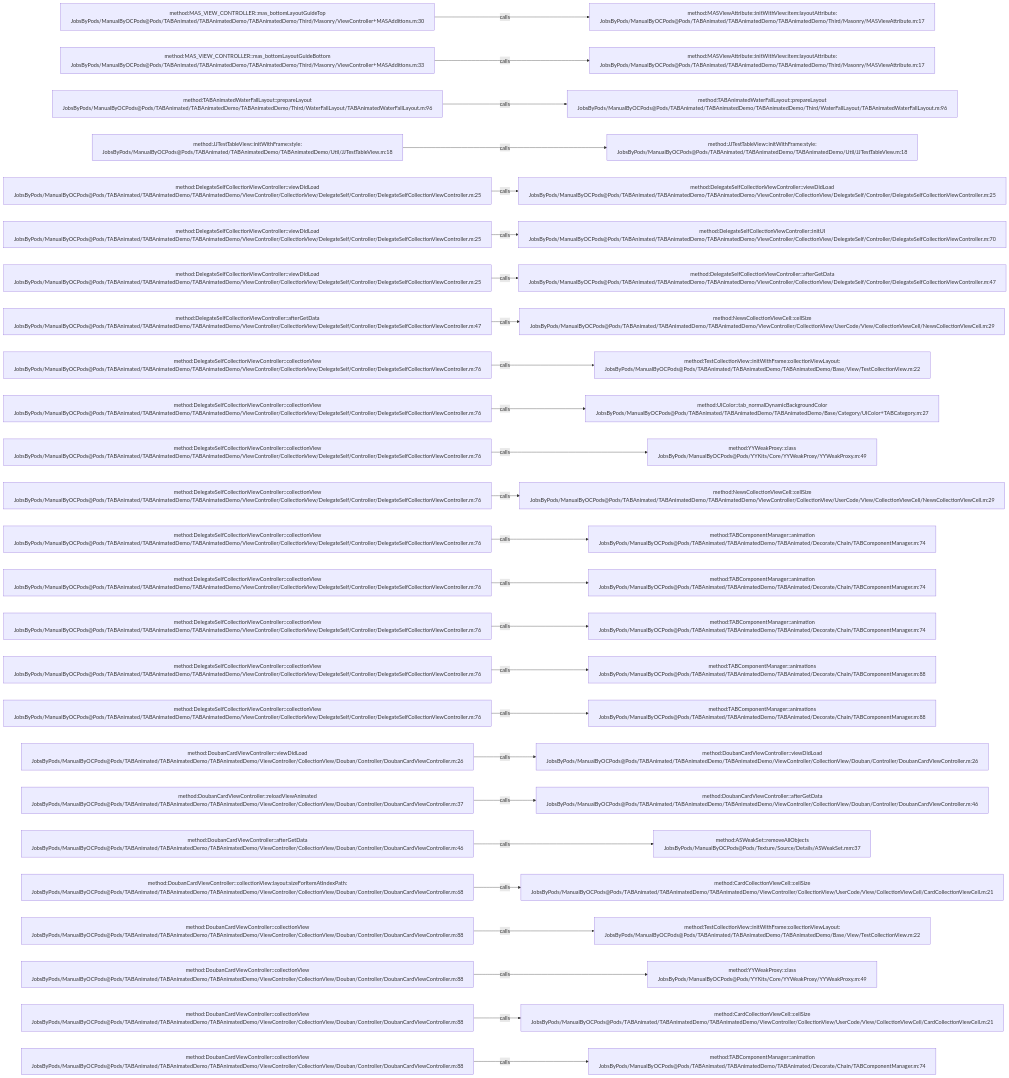
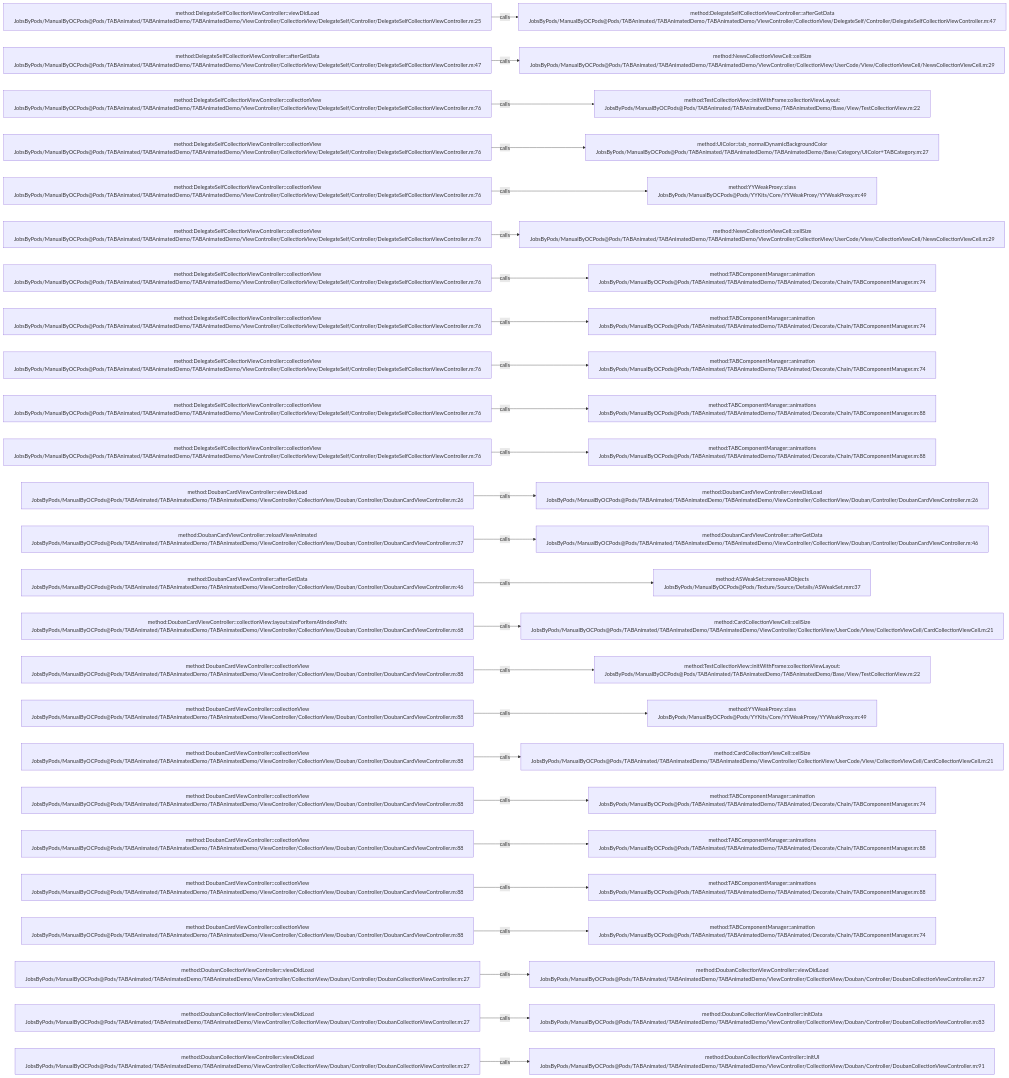
Before and after one commit to JobsKits/JobsOCBaseConfigDemo: the diagram in .codegraph/codegraph.md/graphs/calls-040.md, drawn with Mermaid. The commit also changed 666 other files, not shown here.

````diff
--- a/.codegraph/codegraph.md/graphs/calls-040.md
+++ b/.codegraph/codegraph.md/graphs/calls-040.md
@@ -13,78 +13,78 @@
 ```mermaid
 flowchart LR
-  S1["method:MAS_VIEW_CONTROLLER::mas_bottomLayoutGuideTop<br/>JobsByPods/ManualByOCPods@Pods/TABAnimated/TABAnimatedDemo/TABAnimatedDemo/Third/Masonry/ViewController+MASAdditions.m:30"]
-  T1["method:MASViewAttribute::initWithView:item:layoutAttribute:<br/>JobsByPods/ManualByOCPods@Pods/TABAnimated/TABAnimatedDemo/TABAnimatedDemo/Third/Masonry/MASViewAttribute.m:17"]
+  S1["method:DelegateSelfCollectionViewController::viewDidLoad<br/>JobsByPods/ManualByOCPods@Pods/TABAnimated/TABAnimatedDemo/TABAnimatedDemo/ViewController/CollectionView/DelegateSelf/Controller/DelegateSelfCollectionViewController.m:25"]
+  T1["method:DelegateSelfCollectionViewController::afterGetData<br/>JobsByPods/ManualByOCPods@Pods/TABAnimated/TABAnimatedDemo/TABAnimatedDemo/ViewController/CollectionView/DelegateSelf/Controller/DelegateSelfCollectionViewController.m:47"]
   S1 -->|calls| T1
-  S2["method:MAS_VIEW_CONTROLLER::mas_bottomLayoutGuideBottom<br/>JobsByPods/ManualByOCPods@Pods/TABAnimated/TABAnimatedDemo/TABAnimatedDemo/Third/Masonry/ViewController+MASAdditions.m:33"]
-  T2["method:MASViewAttribute::initWithView:item:layoutAttribute:<br/>JobsByPods/ManualByOCPods@Pods/TABAnimated/TABAnimatedDemo/TABAnimatedDemo/Third/Masonry/MASViewAttribute.m:17"]
+  S2["method:DelegateSelfCollectionViewController::afterGetData<br/>JobsByPods/ManualByOCPods@Pods/TABAnimated/TABAnimatedDemo/TABAnimatedDemo/ViewController/CollectionView/DelegateSelf/Controller/DelegateSelfCollectionViewController.m:47"]
+  T2["method:NewsCollectionViewCell::cellSize<br/>JobsByPods/ManualByOCPods@Pods/TABAnimated/TABAnimatedDemo/TABAnimatedDemo/ViewController/CollectionView/UserCode/View/CollectionViewCell/NewsCollectionViewCell.m:29"]
   S2 -->|calls| T2
-  S3["method:TABAnimatedWaterFallLayout::prepareLayout<br/>JobsByPods/ManualByOCPods@Pods/TABAnimated/TABAnimatedDemo/TABAnimatedDemo/Third/WaterFallLayout/TABAnimatedWaterFallLayout.m:96"]
-  T3["method:TABAnimatedWaterFallLayout::prepareLayout<br/>JobsByPods/ManualByOCPods@Pods/TABAnimated/TABAnimatedDemo/TABAnimatedDemo/Third/WaterFallLayout/TABAnimatedWaterFallLayout.m:96"]
+  S3["method:DelegateSelfCollectionViewController::collectionView<br/>JobsByPods/ManualByOCPods@Pods/TABAnimated/TABAnimatedDemo/TABAnimatedDemo/ViewController/CollectionView/DelegateSelf/Controller/DelegateSelfCollectionViewController.m:76"]
+  T3["method:TestCollectionView::initWithFrame:collectionViewLayout:<br/>JobsByPods/ManualByOCPods@Pods/TABAnimated/TABAnimatedDemo/TABAnimatedDemo/Base/View/TestCollectionView.m:22"]
   S3 -->|calls| T3
-  S4["method:JJTestTableView::initWithFrame:style:<br/>JobsByPods/ManualByOCPods@Pods/TABAnimated/TABAnimatedDemo/TABAnimatedDemo/Util/JJTestTableView.m:18"]
-  T4["method:JJTestTableView::initWithFrame:style:<br/>JobsByPods/ManualByOCPods@Pods/TABAnimated/TABAnimatedDemo/TABAnimatedDemo/Util/JJTestTableView.m:18"]
+  S4["method:DelegateSelfCollectionViewController::collectionView<br/>JobsByPods/ManualByOCPods@Pods/TABAnimated/TABAnimatedDemo/TABAnimatedDemo/ViewController/CollectionView/DelegateSelf/Controller/DelegateSelfCollectionViewController.m:76"]
+  T4["method:UIColor::tab_normalDynamicBackgroundColor<br/>JobsByPods/ManualByOCPods@Pods/TABAnimated/TABAnimatedDemo/TABAnimatedDemo/Base/Category/UIColor+TABCategory.m:27"]
   S4 -->|calls| T4
-  S5["method:DelegateSelfCollectionViewController::viewDidLoad<br/>JobsByPods/ManualByOCPods@Pods/TABAnimated/TABAnimatedDemo/TABAnimatedDemo/ViewController/CollectionView/DelegateSelf/Controller/DelegateSelfCollectionViewController.m:25"]
-  T5["method:DelegateSelfCollectionViewController::viewDidLoad<br/>JobsByPods/ManualByOCPods@Pods/TABAnimated/TABAnimatedDemo/TABAnimatedDemo/ViewController/CollectionView/DelegateSelf/Controller/DelegateSelfCollectionViewController.m:25"]
+  S5["method:DelegateSelfCollectionViewController::collectionView<br/>JobsByPods/ManualByOCPods@Pods/TABAnimated/TABAnimatedDemo/TABAnimatedDemo/ViewController/CollectionView/DelegateSelf/Controller/DelegateSelfCollectionViewController.m:76"]
+  T5["method:YYWeakProxy::class<br/>JobsByPods/ManualByOCPods@Pods/YYKits/Core/YYWeakProxy/YYWeakProxy.m:49"]
   S5 -->|calls| T5
-  S6["method:DelegateSelfCollectionViewController::viewDidLoad<br/>JobsByPods/ManualByOCPods@Pods/TABAnimated/TABAnimatedDemo/TABAnimatedDemo/ViewController/CollectionView/DelegateSelf/Controller/DelegateSelfCollectionViewController.m:25"]
-  T6["method:DelegateSelfCollectionViewController::initUI<br/>JobsByPods/ManualByOCPods@Pods/TABAnimated/TABAnimatedDemo/TABAnimatedDemo/ViewController/CollectionView/DelegateSelf/Controller/DelegateSelfCollectionViewController.m:70"]
+  S6["method:DelegateSelfCollectionViewController::collectionView<br/>JobsByPods/ManualByOCPods@Pods/TABAnimated/TABAnimatedDemo/TABAnimatedDemo/ViewController/CollectionView/DelegateSelf/Controller/DelegateSelfCollectionViewController.m:76"]
+  T6["method:NewsCollectionViewCell::cellSize<br/>JobsByPods/ManualByOCPods@Pods/TABAnimated/TABAnimatedDemo/TABAnimatedDemo/ViewController/CollectionView/UserCode/View/CollectionViewCell/NewsCollectionViewCell.m:29"]
   S6 -->|calls| T6
-  S7["method:DelegateSelfCollectionViewController::viewDidLoad<br/>JobsByPods/ManualByOCPods@Pods/TABAnimated/TABAnimatedDemo/TABAnimatedDemo/ViewController/CollectionView/DelegateSelf/Controller/DelegateSelfCollectionViewController.m:25"]
-  T7["method:DelegateSelfCollectionViewController::afterGetData<br/>JobsByPods/ManualByOCPods@Pods/TABAnimated/TABAnimatedDemo/TABAnimatedDemo/ViewController/CollectionView/DelegateSelf/Controller/DelegateSelfCollectionViewController.m:47"]
+  S7["method:DelegateSelfCollectionViewController::collectionView<br/>JobsByPods/ManualByOCPods@Pods/TABAnimated/TABAnimatedDemo/TABAnimatedDemo/ViewController/CollectionView/DelegateSelf/Controller/DelegateSelfCollectionViewController.m:76"]
+  T7["method:TABComponentManager::animation<br/>JobsByPods/ManualByOCPods@Pods/TABAnimated/TABAnimatedDemo/TABAnimated/Decorate/Chain/TABComponentManager.m:74"]
   S7 -->|calls| T7
-  S8["method:DelegateSelfCollectionViewController::afterGetData<br/>JobsByPods/ManualByOCPods@Pods/TABAnimated/TABAnimatedDemo/TABAnimatedDemo/ViewController/CollectionView/DelegateSelf/Controller/DelegateSelfCollectionViewController.m:47"]
-  T8["method:NewsCollectionViewCell::cellSize<br/>JobsByPods/ManualByOCPods@Pods/TABAnimated/TABAnimatedDemo/TABAnimatedDemo/ViewController/CollectionView/UserCode/View/CollectionViewCell/NewsCollectionViewCell.m:29"]
+  S8["method:DelegateSelfCollectionViewController::collectionView<br/>JobsByPods/ManualByOCPods@Pods/TABAnimated/TABAnimatedDemo/TABAnimatedDemo/ViewController/CollectionView/DelegateSelf/Controller/DelegateSelfCollectionViewController.m:76"]
+  T8["method:TABComponentManager::animation<br/>JobsByPods/ManualByOCPods@Pods/TABAnimated/TABAnimatedDemo/TABAnimated/Decorate/Chain/TABComponentManager.m:74"]
   S8 -->|calls| T8
   S9["method:DelegateSelfCollectionViewController::collectionView<br/>JobsByPods/ManualByOCPods@Pods/TABAnimated/TABAnimatedDemo/TABAnimatedDemo/ViewController/CollectionView/DelegateSelf/Controller/DelegateSelfCollectionViewController.m:76"]
-  T9["method:TestCollectionView::initWithFrame:collectionViewLayout:<br/>JobsByPods/ManualByOCPods@Pods/TABAnimated/TABAnimatedDemo/TABAnimatedDemo/Base/View/TestCollectionView.m:22"]
+  T9["method:TABComponentManager::animation<br/>JobsByPods/ManualByOCPods@Pods/TABAnimated/TABAnimatedDemo/TABAnimated/Decorate/Chain/TABComponentManager.m:74"]
   S9 -->|calls| T9
   S10["method:DelegateSelfCollectionViewController::collectionView<br/>JobsByPods/ManualByOCPods@Pods/TABAnimated/TABAnimatedDemo/TABAnimatedDemo/ViewController/CollectionView/DelegateSelf/Controller/DelegateSelfCollectionViewController.m:76"]
-  T10["method:UIColor::tab_normalDynamicBackgroundColor<br/>JobsByPods/ManualByOCPods@Pods/TABAnimated/TABAnimatedDemo/TABAnimatedDemo/Base/Category/UIColor+TABCategory.m:27"]
+  T10["method:TABComponentManager::animations<br/>JobsByPods/ManualByOCPods@Pods/TABAnimated/TABAnimatedDemo/TABAnimated/Decorate/Chain/TABComponentManager.m:88"]
   S10 -->|calls| T10
   S11["method:DelegateSelfCollectionViewController::collectionView<br/>JobsByPods/ManualByOCPods@Pods/TABAnimated/TABAnimatedDemo/TABAnimatedDemo/ViewController/CollectionView/DelegateSelf/Controller/DelegateSelfCollectionViewController.m:76"]
-  T11["method:YYWeakProxy::class<br/>JobsByPods/ManualByOCPods@Pods/YYKits/Core/YYWeakProxy/YYWeakProxy.m:49"]
+  T11["method:TABComponentManager::animations<br/>JobsByPods/ManualByOCPods@Pods/TABAnimated/TABAnimatedDemo/TABAnimated/Decorate/Chain/TABComponentManager.m:88"]
   S11 -->|calls| T11
-  S12["method:DelegateSelfCollectionViewController::collectionView<br/>JobsByPods/ManualByOCPods@Pods/TABAnimated/TABAnimatedDemo/TABAnimatedDemo/ViewController/CollectionView/DelegateSelf/Controller/DelegateSelfCollectionViewController.m:76"]
-  T12["method:NewsCollectionViewCell::cellSize<br/>JobsByPods/ManualByOCPods@Pods/TABAnimated/TABAnimatedDemo/TABAnimatedDemo/ViewController/CollectionView/UserCode/View/CollectionViewCell/NewsCollectionViewCell.m:29"]
+  S12["method:DoubanCardViewController::viewDidLoad<br/>JobsByPods/ManualByOCPods@Pods/TABAnimated/TABAnimatedDemo/TABAnimatedDemo/ViewController/CollectionView/Douban/Controller/DoubanCardViewController.m:26"]
+  T12["method:DoubanCardViewController::viewDidLoad<br/>JobsByPods/ManualByOCPods@Pods/TABAnimated/TABAnimatedDemo/TABAnimatedDemo/ViewController/CollectionView/Douban/Controller/DoubanCardViewController.m:26"]
   S12 -->|calls| T12
-  S13["method:DelegateSelfCollectionViewController::collectionView<br/>JobsByPods/ManualByOCPods@Pods/TABAnimated/TABAnimatedDemo/TABAnimatedDemo/ViewController/CollectionView/DelegateSelf/Controller/DelegateSelfCollectionViewController.m:76"]
-  T13["method:TABComponentManager::animation<br/>JobsByPods/ManualByOCPods@Pods/TABAnimated/TABAnimatedDemo/TABAnimated/Decorate/Chain/TABComponentManager.m:74"]
+  S13["method:DoubanCardViewController::reloadViewAnimated<br/>JobsByPods/ManualByOCPods@Pods/TABAnimated/TABAnimatedDemo/TABAnimatedDemo/ViewController/CollectionView/Douban/Controller/DoubanCardViewController.m:37"]
+  T13["method:DoubanCardViewController::afterGetData<br/>JobsByPods/ManualByOCPods@Pods/TABAnimated/TABAnimatedDemo/TABAnimatedDemo/ViewController/CollectionView/Douban/Controller/DoubanCardViewController.m:46"]
   S13 -->|calls| T13
-  S14["method:DelegateSelfCollectionViewController::collectionView<br/>JobsByPods/ManualByOCPods@Pods/TABAnimated/TABAnimatedDemo/TABAnimatedDemo/ViewController/CollectionView/DelegateSelf/Controller/DelegateSelfCollectionViewController.m:76"]
-  T14["method:TABComponentManager::animation<br/>JobsByPods/ManualByOCPods@Pods/TABAnimated/TABAnimatedDemo/TABAnimated/Decorate/Chain/TABComponentManager.m:74"]
+  S14["method:DoubanCardViewController::afterGetData<br/>JobsByPods/ManualByOCPods@Pods/TABAnimated/TABAnimatedDemo/TABAnimatedDemo/ViewController/CollectionView/Douban/Controller/DoubanCardViewController.m:46"]
+  T14["method:ASWeakSet::removeAllObjects<br/>JobsByPods/ManualByOCPods@Pods/Texture/Source/Details/ASWeakSet.mm:37"]
   S14 -->|calls| T14
-  S15["method:DelegateSelfCollectionViewController::collectionView<br/>JobsByPods/ManualByOCPods@Pods/TABAnimated/TABAnimatedDemo/TABAnimatedDemo/ViewController/CollectionView/DelegateSelf/Controller/DelegateSelfCollectionViewController.m:76"]
-  T15["method:TABComponentManager::animation<br/>JobsByPods/ManualByOCPods@Pods/TABAnimated/TABAnimatedDemo/TABAnimated/Decorate/Chain/TABComponentManager.m:74"]
+  S15["method:DoubanCardViewController::collectionView:layout:sizeForItemAtIndexPath:<br/>JobsByPods/ManualByOCPods@Pods/TABAnimated/TABAnimatedDemo/TABAnimatedDemo/ViewController/CollectionView/Douban/Controller/DoubanCardViewController.m:68"]
+  T15["method:CardCollectionViewCell::cellSize<br/>JobsByPods/ManualByOCPods@Pods/TABAnimated/TABAnimatedDemo/TABAnimatedDemo/ViewController/CollectionView/UserCode/View/CollectionViewCell/CardCollectionViewCell.m:21"]
   S15 -->|calls| T15
-  S16["method:DelegateSelfCollectionViewController::collectionView<br/>JobsByPods/ManualByOCPods@Pods/TABAnimated/TABAnimatedDemo/TABAnimatedDemo/ViewController/CollectionView/DelegateSelf/Controller/DelegateSelfCollectionViewController.m:76"]
-  T16["method:TABComponentManager::animations<br/>JobsByPods/ManualByOCPods@Pods/TABAnimated/TABAnimatedDemo/TABAnimated/Decorate/Chain/TABComponentManager.m:88"]
+  S16["method:DoubanCardViewController::collectionView<br/>JobsByPods/ManualByOCPods@Pods/TABAnimated/TABAnimatedDemo/TABAnimatedDemo/ViewController/CollectionView/Douban/Controller/DoubanCardViewController.m:88"]
+  T16["method:TestCollectionView::initWithFrame:collectionViewLayout:<br/>JobsByPods/ManualByOCPods@Pods/TABAnimated/TABAnimatedDemo/TABAnimatedDemo/Base/View/TestCollectionView.m:22"]
   S16 -->|calls| T16
-  S17["method:DelegateSelfCollectionViewController::collectionView<br/>JobsByPods/ManualByOCPods@Pods/TABAnimated/TABAnimatedDemo/TABAnimatedDemo/ViewController/CollectionView/DelegateSelf/Controller/DelegateSelfCollectionViewController.m:76"]
-  T17["method:TABComponentManager::animations<br/>JobsByPods/ManualByOCPods@Pods/TABAnimated/TABAnimatedDemo/TABAnimated/Decorate/Chain/TABComponentManager.m:88"]
+  S17["method:DoubanCardViewController::collectionView<br/>JobsByPods/ManualByOCPods@Pods/TABAnimated/TABAnimatedDemo/TABAnimatedDemo/ViewController/CollectionView/Douban/Controller/DoubanCardViewController.m:88"]
+  T17["method:YYWeakProxy::class<br/>JobsByPods/ManualByOCPods@Pods/YYKits/Core/YYWeakProxy/YYWeakProxy.m:49"]
   S17 -->|calls| T17
-  S18["method:DoubanCardViewController::viewDidLoad<br/>JobsByPods/ManualByOCPods@Pods/TABAnimated/TABAnimatedDemo/TABAnimatedDemo/ViewController/CollectionView/Douban/Controller/DoubanCardViewController.m:26"]
-  T18["method:DoubanCardViewController::viewDidLoad<br/>JobsByPods/ManualByOCPods@Pods/TABAnimated/TABAnimatedDemo/TABAnimatedDemo/ViewController/CollectionView/Douban/Controller/DoubanCardViewController.m:26"]
+  S18["method:DoubanCardViewController::collectionView<br/>JobsByPods/ManualByOCPods@Pods/TABAnimated/TABAnimatedDemo/TABAnimatedDemo/ViewController/CollectionView/Douban/Controller/DoubanCardViewController.m:88"]
+  T18["method:CardCollectionViewCell::cellSize<br/>JobsByPods/ManualByOCPods@Pods/TABAnimated/TABAnimatedDemo/TABAnimatedDemo/ViewController/CollectionView/UserCode/View/CollectionViewCell/CardCollectionViewCell.m:21"]
   S18 -->|calls| T18
-  S19["method:DoubanCardViewController::reloadViewAnimated<br/>JobsByPods/ManualByOCPods@Pods/TABAnimated/TABAnimatedDemo/TABAnimatedDemo/ViewController/CollectionView/Douban/Controller/DoubanCardViewController.m:37"]
-  T19["method:DoubanCardViewController::afterGetData<br/>JobsByPods/ManualByOCPods@Pods/TABAnimated/TABAnimatedDemo/TABAnimatedDemo/ViewController/CollectionView/Douban/Controller/DoubanCardViewController.m:46"]
+  S19["method:DoubanCardViewController::collectionView<br/>JobsByPods/ManualByOCPods@Pods/TABAnimated/TABAnimatedDemo/TABAnimatedDemo/ViewController/CollectionView/Douban/Controller/DoubanCardViewController.m:88"]
+  T19["method:TABComponentManager::animation<br/>JobsByPods/ManualByOCPods@Pods/TABAnimated/TABAnimatedDemo/TABAnimated/Decorate/Chain/TABComponentManager.m:74"]
   S19 -->|calls| T19
-  S20["method:DoubanCardViewController::afterGetData<br/>JobsByPods/ManualByOCPods@Pods/TABAnimated/TABAnimatedDemo/TABAnimatedDemo/ViewController/CollectionView/Douban/Controller/DoubanCardViewController.m:46"]
-  T20["method:ASWeakSet::removeAllObjects<br/>JobsByPods/ManualByOCPods@Pods/Texture/Source/Details/ASWeakSet.mm:37"]
+  S20["method:DoubanCardViewController::collectionView<br/>JobsByPods/ManualByOCPods@Pods/TABAnimated/TABAnimatedDemo/TABAnimatedDemo/ViewController/CollectionView/Douban/Controller/DoubanCardViewController.m:88"]
+  T20["method:TABComponentManager::animations<br/>JobsByPods/ManualByOCPods@Pods/TABAnimated/TABAnimatedDemo/TABAnimated/Decorate/Chain/TABComponentManager.m:88"]
   S20 -->|calls| T20
-  S21["method:DoubanCardViewController::collectionView:layout:sizeForItemAtIndexPath:<br/>JobsByPods/ManualByOCPods@Pods/TABAnimated/TABAnimatedDemo/TABAnimatedDemo/ViewController/CollectionView/Douban/Controller/DoubanCardViewController.m:68"]
-  T21["method:CardCollectionViewCell::cellSize<br/>JobsByPods/ManualByOCPods@Pods/TABAnimated/TABAnimatedDemo/TABAnimatedDemo/ViewController/CollectionView/UserCode/View/CollectionViewCell/CardCollectionViewCell.m:21"]
+  S21["method:DoubanCardViewController::collectionView<br/>JobsByPods/ManualByOCPods@Pods/TABAnimated/TABAnimatedDemo/TABAnimatedDemo/ViewController/CollectionView/Douban/Controller/DoubanCardViewController.m:88"]
+  T21["method:TABComponentManager::animations<br/>JobsByPods/ManualByOCPods@Pods/TABAnimated/TABAnimatedDemo/TABAnimated/Decorate/Chain/TABComponentManager.m:88"]
   S21 -->|calls| T21
   S22["method:DoubanCardViewController::collectionView<br/>JobsByPods/ManualByOCPods@Pods/TABAnimated/TABAnimatedDemo/TABAnimatedDemo/ViewController/CollectionView/Douban/Controller/DoubanCardViewController.m:88"]
-  T22["method:TestCollectionView::initWithFrame:collectionViewLayout:<br/>JobsByPods/ManualByOCPods@Pods/TABAnimated/TABAnimatedDemo/TABAnimatedDemo/Base/View/TestCollectionView.m:22"]
+  T22["method:TABComponentManager::animation<br/>JobsByPods/ManualByOCPods@Pods/TABAnimated/TABAnimatedDemo/TABAnimated/Decorate/Chain/TABComponentManager.m:74"]
   S22 -->|calls| T22
-  S23["method:DoubanCardViewController::collectionView<br/>JobsByPods/ManualByOCPods@Pods/TABAnimated/TABAnimatedDemo/TABAnimatedDemo/ViewController/CollectionView/Douban/Controller/DoubanCardViewController.m:88"]
-  T23["method:YYWeakProxy::class<br/>JobsByPods/ManualByOCPods@Pods/YYKits/Core/YYWeakProxy/YYWeakProxy.m:49"]
+  S23["method:DoubanCollectionViewController::viewDidLoad<br/>JobsByPods/ManualByOCPods@Pods/TABAnimated/TABAnimatedDemo/TABAnimatedDemo/ViewController/CollectionView/Douban/Controller/DoubanCollectionViewController.m:27"]
+  T23["method:DoubanCollectionViewController::viewDidLoad<br/>JobsByPods/ManualByOCPods@Pods/TABAnimated/TABAnimatedDemo/TABAnimatedDemo/ViewController/CollectionView/Douban/Controller/DoubanCollectionViewController.m:27"]
   S23 -->|calls| T23
-  S24["method:DoubanCardViewController::collectionView<br/>JobsByPods/ManualByOCPods@Pods/TABAnimated/TABAnimatedDemo/TABAnimatedDemo/ViewController/CollectionView/Douban/Controller/DoubanCardViewController.m:88"]
-  T24["method:CardCollectionViewCell::cellSize<br/>JobsByPods/ManualByOCPods@Pods/TABAnimated/TABAnimatedDemo/TABAnimatedDemo/ViewController/CollectionView/UserCode/View/CollectionViewCell/CardCollectionViewCell.m:21"]
+  S24["method:DoubanCollectionViewController::viewDidLoad<br/>JobsByPods/ManualByOCPods@Pods/TABAnimated/TABAnimatedDemo/TABAnimatedDemo/ViewController/CollectionView/Douban/Controller/DoubanCollectionViewController.m:27"]
+  T24["method:DoubanCollectionViewController::initData<br/>JobsByPods/ManualByOCPods@Pods/TABAnimated/TABAnimatedDemo/TABAnimatedDemo/ViewController/CollectionView/Douban/Controller/DoubanCollectionViewController.m:83"]
   S24 -->|calls| T24
-  S25["method:DoubanCardViewController::collectionView<br/>JobsByPods/ManualByOCPods@Pods/TABAnimated/TABAnimatedDemo/TABAnimatedDemo/ViewController/CollectionView/Douban/Controller/DoubanCardViewController.m:88"]
-  T25["method:TABComponentManager::animation<br/>JobsByPods/ManualByOCPods@Pods/TABAnimated/TABAnimatedDemo/TABAnimated/Decorate/Chain/TABComponentManager.m:74"]
+  S25["method:DoubanCollectionViewController::viewDidLoad<br/>JobsByPods/ManualByOCPods@Pods/TABAnimated/TABAnimatedDemo/TABAnimatedDemo/ViewController/CollectionView/Douban/Controller/DoubanCollectionViewController.m:27"]
+  T25["method:DoubanCollectionViewController::initUI<br/>JobsByPods/ManualByOCPods@Pods/TABAnimated/TABAnimatedDemo/TABAnimatedDemo/ViewController/CollectionView/Douban/Controller/DoubanCollectionViewController.m:91"]
   S25 -->|calls| T25
 ```
````
